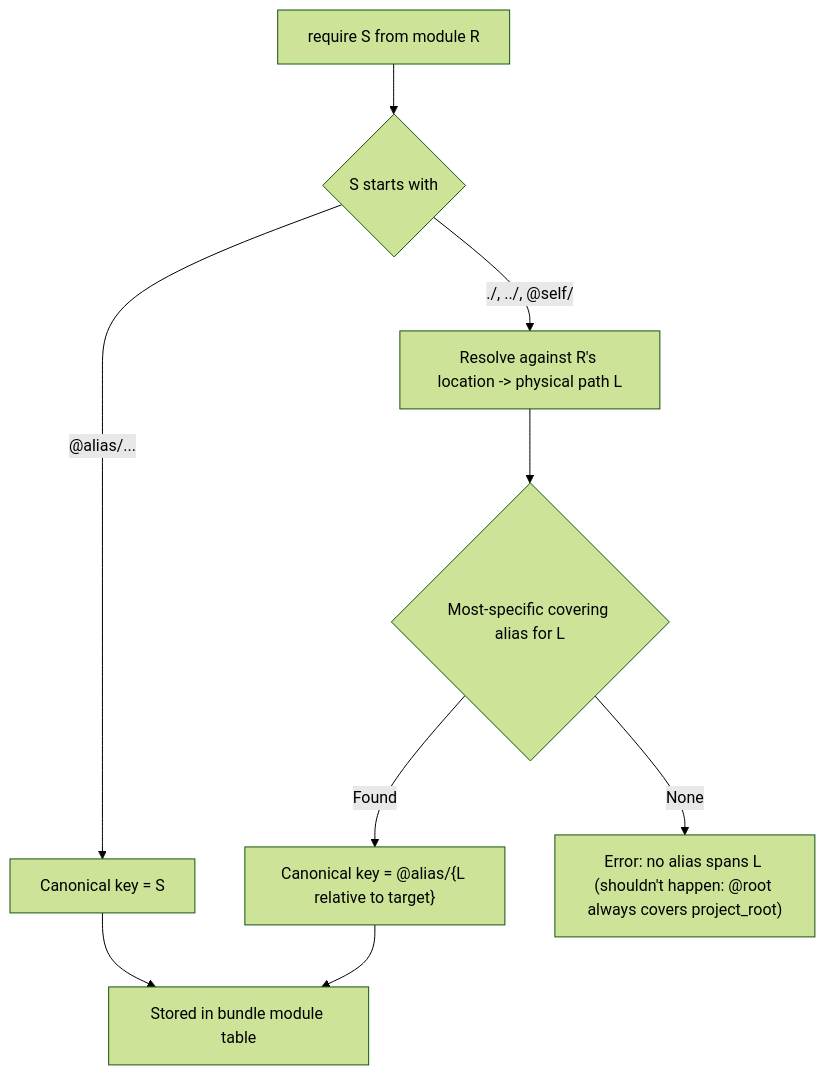
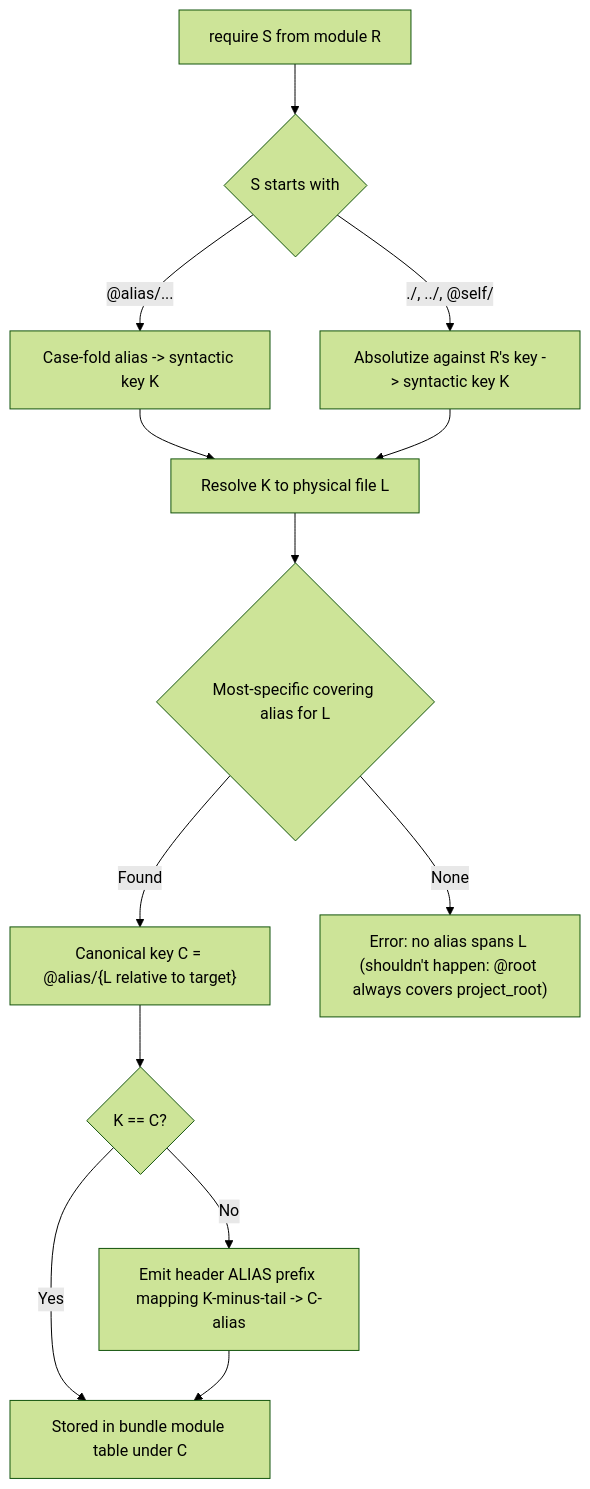
Before and after one commit to secondlife/slua: the first of 2 diagrams in rfcs/static-require-bundle.md, drawn with Mermaid (forest theme). The commit also changed other lines of this file and 18 other files, not shown here.

````diff
--- a/rfcs/static-require-bundle.md
+++ b/rfcs/static-require-bundle.md
@@ -62,12 +90,16 @@
 ```mermaid
 flowchart TD
     Start[require S from module R]
     Start --> Kind{S starts with}
-    Kind -->|"@alias/..."| Direct[Canonical key = S]
-    Kind -->|"./, ../, @self/"| Resolve[Resolve against R's location -> physical path L]
+    Kind -->|"@alias/..."| Fold[Case-fold alias -> syntactic key K]
+    Kind -->|"./, ../, @self/"| Anchor[Absolutize against R's key -> syntactic key K]
+    Fold --> Resolve[Resolve K to physical file L]
+    Anchor --> Resolve
     Resolve --> FindAlias{Most-specific covering alias for L}
-    FindAlias -->|Found| Build["Canonical key = @alias/{L relative to target}"]
+    FindAlias -->|Found| Build["Canonical key C = @alias/{L relative to target}"]
     FindAlias -->|None| NoAliasErr["Error: no alias spans L (shouldn't happen: @root always covers project_root)"]
-    Direct --> Done[Stored in bundle module table]
-    Build --> Done
+    Build --> Same{K == C?}
+    Same -->|Yes| Done[Stored in bundle module table under C]
+    Same -->|No| Remap[Emit header ALIAS prefix mapping K-minus-tail -> C-alias]
+    Remap --> Done
 ```
````
